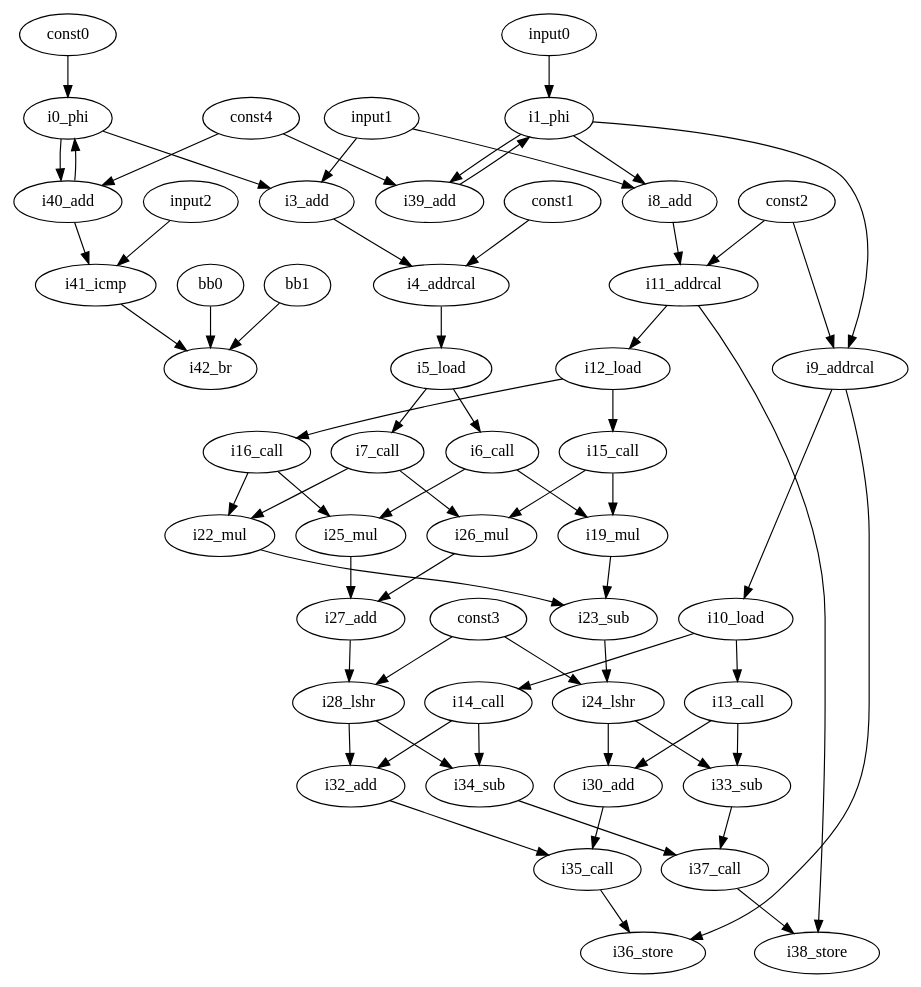
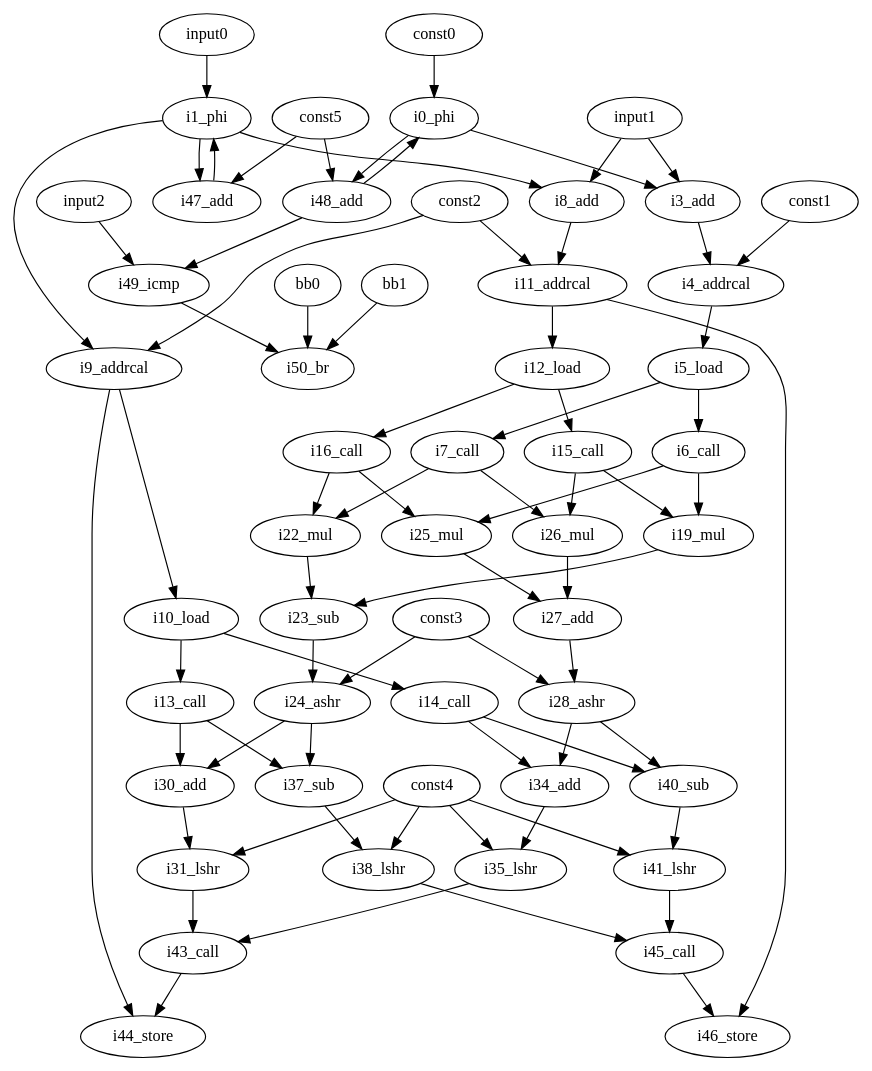
Before and after one commit to 827391287/CGRA-ME: the diagram in benchmarks/userbench/FFT/graph_loop.dot, drawn with Graphviz. The commit also changed 5 other files, not shown here.

```diff
--- a/benchmarks/userbench/FFT/graph_loop.dot
+++ b/benchmarks/userbench/FFT/graph_loop.dot
@@ -1,112 +1,125 @@
 digraph G {
     const0 [opcode=const, constVal="0"];
     i0_phi [opcode=phi];
     input0 [opcode=input];
     i1_phi [opcode=phi];
     input1 [opcode=input];
     i3_add [opcode=add];
     const1 [opcode=const, constVal="3072"];
     i4_addrcal [opcode=addrcal];
     i5_load [opcode=load, memName=""];
     i6_call [opcode=get_real];
     i7_call [opcode=get_imag];
     i8_add [opcode=add];
     const2 [opcode=const, constVal="2560"];
     i9_addrcal [opcode=addrcal];
     i10_load [opcode=load, memName=""];
     i11_addrcal [opcode=addrcal];
     i12_load [opcode=load, memName=""];
     i13_call [opcode=get_real];
     i14_call [opcode=get_imag];
     i15_call [opcode=get_real];
     i16_call [opcode=get_imag];
     i19_mul [opcode=mul];
     i22_mul [opcode=mul];
     i23_sub [opcode=sub];
     const3 [opcode=const, constVal="15"];
-    i24_lshr [opcode=lshr];
+    i24_ashr [opcode=ashr];
     i25_mul [opcode=mul];
     i26_mul [opcode=mul];
     i27_add [opcode=add];
-    i28_lshr [opcode=lshr];
+    i28_ashr [opcode=ashr];
     i30_add [opcode=add];
-    i32_add [opcode=add];
-    i33_sub [opcode=sub];
-    i34_sub [opcode=sub];
-    i35_call [opcode=combine];
-    i36_store [opcode=store, memName=""];
-    i37_call [opcode=combine];
-    i38_store [opcode=store, memName=""];
     const4 [opcode=const, constVal="1"];
-    i39_add [opcode=add];
-    i40_add [opcode=add];
+    i31_lshr [opcode=lshr];
+    i34_add [opcode=add];
+    i35_lshr [opcode=lshr];
+    i37_sub [opcode=sub];
+    i38_lshr [opcode=lshr];
+    i40_sub [opcode=sub];
+    i41_lshr [opcode=lshr];
+    i43_call [opcode=combine];
+    i44_store [opcode=store, memName=""];
+    i45_call [opcode=combine];
+    i46_store [opcode=store, memName=""];
+    const5 [opcode=const, constVal="1"];
+    i47_add [opcode=add];
+    i48_add [opcode=add];
     input2 [opcode=input];
-    i41_icmp [opcode=icmp];
+    i49_icmp [opcode=icmp];
     bb0 [opcode=input];
     bb1 [opcode=input];
-    i42_br [opcode=br];
+    i50_br [opcode=br];
     const0 -> i0_phi [operand=RHS];
     i0_phi -> i3_add [operand=any2input];
-    i0_phi -> i40_add [operand=any2input];
+    i0_phi -> i48_add [operand=any2input];
     input0 -> i1_phi [operand=RHS];
     i1_phi -> i8_add [operand=any2input];
     i1_phi -> i9_addrcal [operand=RHS];
-    i1_phi -> i39_add [operand=any2input];
+    i1_phi -> i47_add [operand=any2input];
     input1 -> i3_add [operand=any2input];
     input1 -> i8_add [operand=any2input];
     i3_add -> i4_addrcal [operand=RHS];
     const1 -> i4_addrcal [operand=LHS];
     i4_addrcal -> i5_load [operand=addr];
     i5_load -> i6_call [operand=LHS];
     i5_load -> i7_call [operand=LHS];
     i6_call -> i19_mul [operand=any2input];
     i6_call -> i25_mul [operand=any2input];
     i7_call -> i22_mul [operand=any2input];
     i7_call -> i26_mul [operand=any2input];
     i8_add -> i11_addrcal [operand=RHS];
     const2 -> i9_addrcal [operand=LHS];
     const2 -> i11_addrcal [operand=LHS];
     i9_addrcal -> i10_load [operand=addr];
-    i9_addrcal -> i36_store [operand=addr];
+    i9_addrcal -> i44_store [operand=addr];
     i10_load -> i13_call [operand=LHS];
     i10_load -> i14_call [operand=LHS];
     i11_addrcal -> i12_load [operand=addr];
-    i11_addrcal -> i38_store [operand=addr];
+    i11_addrcal -> i46_store [operand=addr];
     i12_load -> i15_call [operand=LHS];
     i12_load -> i16_call [operand=LHS];
     i13_call -> i30_add [operand=any2input];
-    i13_call -> i33_sub [operand=LHS];
-    i14_call -> i32_add [operand=any2input];
-    i14_call -> i34_sub [operand=LHS];
+    i13_call -> i37_sub [operand=LHS];
+    i14_call -> i34_add [operand=any2input];
+    i14_call -> i40_sub [operand=LHS];
     i15_call -> i19_mul [operand=any2input];
     i15_call -> i26_mul [operand=any2input];
     i16_call -> i22_mul [operand=any2input];
     i16_call -> i25_mul [operand=any2input];
     i19_mul -> i23_sub [operand=LHS];
     i22_mul -> i23_sub [operand=RHS];
-    i23_sub -> i24_lshr [operand=LHS];
-    const3 -> i24_lshr [operand=RHS];
-    const3 -> i28_lshr [operand=RHS];
-    i24_lshr -> i30_add [operand=any2input];
-    i24_lshr -> i33_sub [operand=RHS];
+    i23_sub -> i24_ashr [operand=LHS];
+    const3 -> i24_ashr [operand=RHS];
+    const3 -> i28_ashr [operand=RHS];
+    i24_ashr -> i30_add [operand=any2input];
+    i24_ashr -> i37_sub [operand=RHS];
     i25_mul -> i27_add [operand=any2input];
     i26_mul -> i27_add [operand=any2input];
-    i27_add -> i28_lshr [operand=LHS];
-    i28_lshr -> i32_add [operand=any2input];
-    i28_lshr -> i34_sub [operand=RHS];
-    i30_add -> i35_call [operand=LHS];
-    i32_add -> i35_call [operand=RHS];
-    i33_sub -> i37_call [operand=LHS];
-    i34_sub -> i37_call [operand=RHS];
-    i35_call -> i36_store [operand=data];
-    i37_call -> i38_store [operand=data];
-    const4 -> i39_add [operand=any2input];
-    const4 -> i40_add [operand=any2input];
-    i39_add -> i1_phi [operand=LHS];
-    i40_add -> i0_phi [operand=LHS];
-    i40_add -> i41_icmp [operand=LHS];
-    input2 -> i41_icmp [operand=RHS];
-    i41_icmp -> i42_br [operand=branch_cond];
-    bb0 -> i42_br [operand=branch_true];
-    bb1 -> i42_br [operand=branch_false];
+    i27_add -> i28_ashr [operand=LHS];
+    i28_ashr -> i34_add [operand=any2input];
+    i28_ashr -> i40_sub [operand=RHS];
+    i30_add -> i31_lshr [operand=LHS];
+    const4 -> i31_lshr [operand=RHS];
+    const4 -> i35_lshr [operand=RHS];
+    const4 -> i38_lshr [operand=RHS];
+    const4 -> i41_lshr [operand=RHS];
+    i31_lshr -> i43_call [operand=LHS];
+    i34_add -> i35_lshr [operand=LHS];
+    i35_lshr -> i43_call [operand=RHS];
+    i37_sub -> i38_lshr [operand=LHS];
+    i38_lshr -> i45_call [operand=LHS];
+    i40_sub -> i41_lshr [operand=LHS];
+    i41_lshr -> i45_call [operand=RHS];
+    i43_call -> i44_store [operand=data];
+    i45_call -> i46_store [operand=data];
+    const5 -> i47_add [operand=any2input];
+    const5 -> i48_add [operand=any2input];
+    i47_add -> i1_phi [operand=LHS];
+    i48_add -> i0_phi [operand=LHS];
+    i48_add -> i49_icmp [operand=LHS];
+    input2 -> i49_icmp [operand=RHS];
+    i49_icmp -> i50_br [operand=branch_cond];
+    bb0 -> i50_br [operand=branch_true];
+    bb1 -> i50_br [operand=branch_false];
 }
```
